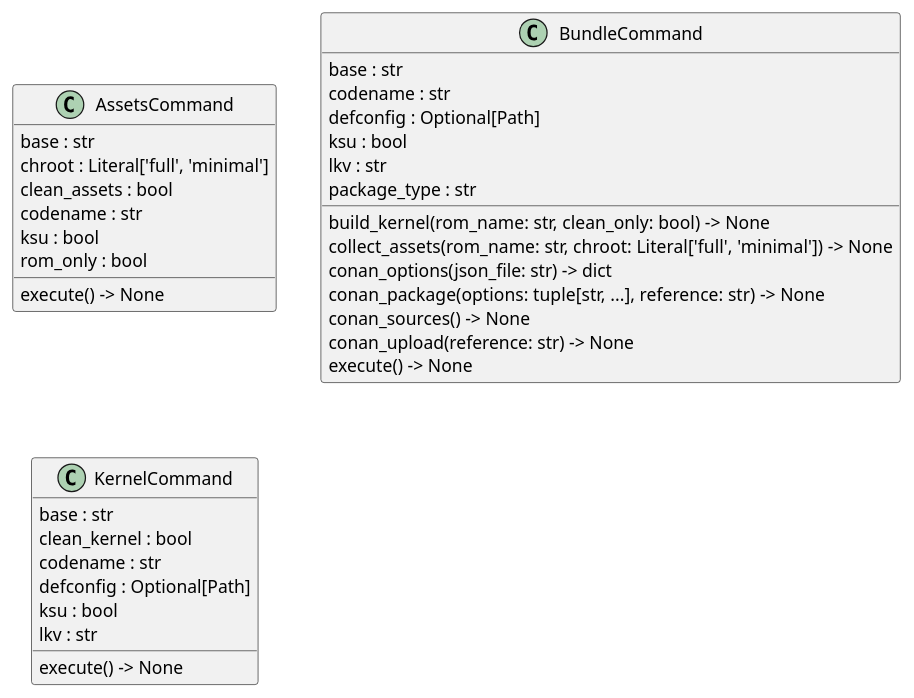
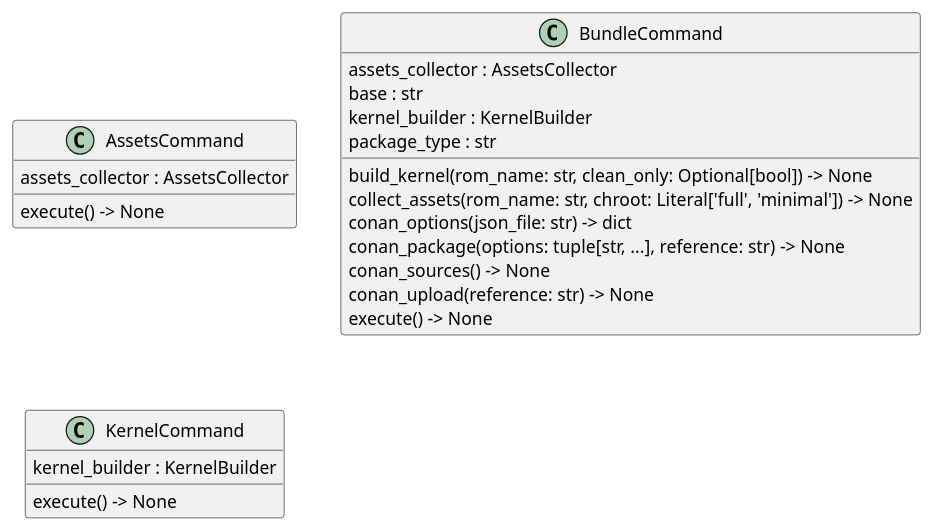
The diagram in docs/architecture/commands/classes.puml (seppzer0/zero_kernel), drawn with PlantUML before and after one commit. The commit also changed 16 other files, not shown here.

```diff
--- a/docs/architecture/commands/classes.puml
+++ b/docs/architecture/commands/classes.puml
@@ -1,36 +1,24 @@
 @startuml classes
 set namespaceSeparator none
 class "AssetsCommand" as commands.assets.AssetsCommand {
-  base : str
-  chroot : Literal['full', 'minimal']
-  clean_assets : bool
-  codename : str
-  ksu : bool
-  rom_only : bool
+  assets_collector : AssetsCollector
   execute() -> None
 }
 class "BundleCommand" as commands.bundle.BundleCommand {
+  assets_collector : AssetsCollector
   base : str
-  codename : str
-  defconfig : Optional[Path]
-  ksu : bool
-  lkv : str
+  kernel_builder : KernelBuilder
   package_type : str
-  build_kernel(rom_name: str, clean_only: bool) -> None
+  build_kernel(rom_name: str, clean_only: Optional[bool]) -> None
   collect_assets(rom_name: str, chroot: Literal['full', 'minimal']) -> None
   conan_options(json_file: str) -> dict
   conan_package(options: tuple[str, ...], reference: str) -> None
   conan_sources() -> None
   conan_upload(reference: str) -> None
   execute() -> None
 }
 class "KernelCommand" as commands.kernel.KernelCommand {
-  base : str
-  clean_kernel : bool
-  codename : str
-  defconfig : Optional[Path]
-  ksu : bool
-  lkv : str
+  kernel_builder : KernelBuilder
   execute() -> None
 }
 @enduml
```
